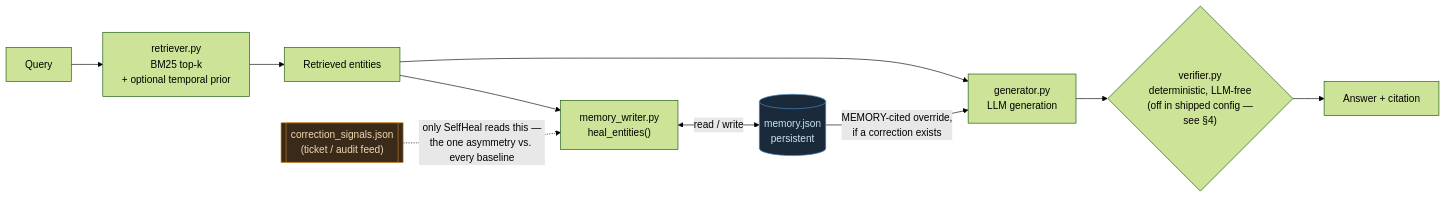
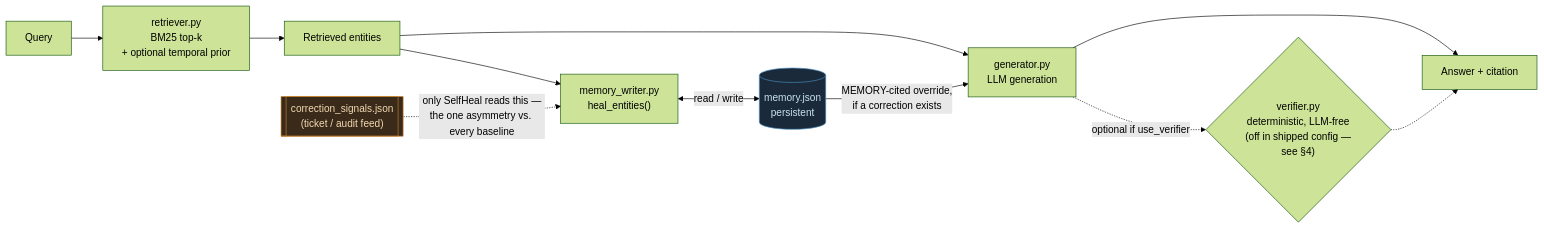
The first of 2 diagrams in README.md (yonilev2003/SelfHealRag), drawn with Mermaid (forest theme) before and after one commit. The commit also changed other lines of this file and 1 other file, not shown here.

````diff
--- a/README.md
+++ b/README.md
@@ -37,17 +41,18 @@
 ```mermaid
 flowchart LR
     Q[Query] --> R["retriever.py<br/>BM25 top-k<br/>+ optional temporal prior"]
     R --> RE[Retrieved entities]
     RE --> MW["memory_writer.py<br/>heal_entities()"]
     CS[["correction_signals.json<br/>(ticket / audit feed)"]] -.->|"only SelfHeal reads this —<br/>the one asymmetry vs. every baseline"| MW
     MW <-->|"read / write"| M[("memory.json<br/>persistent")]
     RE --> G["generator.py<br/>LLM generation"]
     M -->|"MEMORY-cited override,<br/>if a correction exists"| G
-    G --> V{"verifier.py<br/>deterministic, LLM-free<br/>(off in shipped config —<br/>see §4)"}
-    V --> A[Answer + citation]
+    G --> A[Answer + citation]
+    G -.->|"optional if use_verifier"| V{"verifier.py<br/>deterministic, LLM-free<br/>(off in shipped config —<br/>see §4)"}
+    V -.-> A
 
     classDef oracle fill:#3a2a1a,stroke:#c9822a,color:#f3d9b1;
     classDef store fill:#1a2a3a,stroke:#4a90c2,color:#c9e3f5;
     class CS oracle
     class M store
 ```
````
